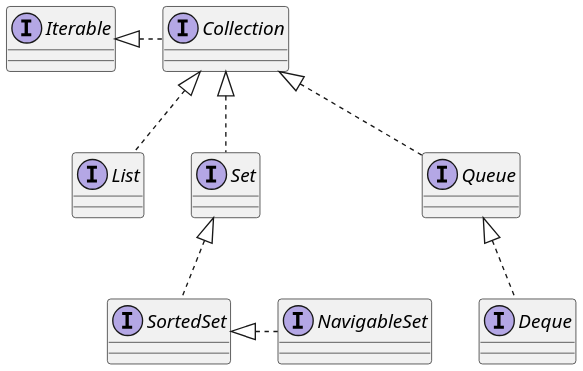
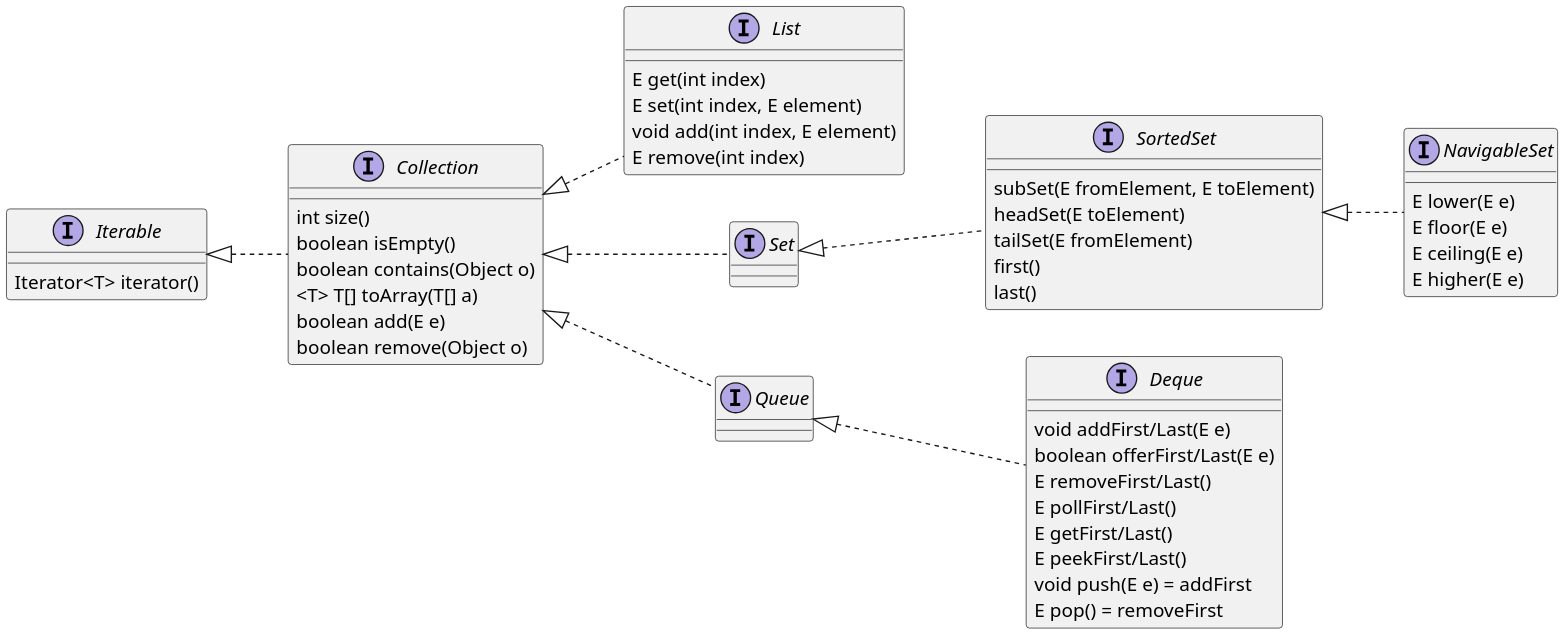
One commit to inponomarev/java-mipt changed the second of 13 diagrams in slides07/src/main/asciidoc/lecture.adoc. Above: the diagram before and after it, drawn with PlantUML. The commit also changed 8 other files, not shown here.

Commit message:
improve diagrams and translations

```diff
--- a/slides07/src/main/asciidoc/lecture.adoc
+++ b/slides07/src/main/asciidoc/lecture.adoc
@@ -111,43 +111,64 @@
 [plantuml,intf-coll,png]
 ----
 @startuml
 
 skinparam dpi 200
 
+left to right direction
+
 interface Iterable {
+   Iterator<T> iterator()
 }
-
 interface Collection {
+   int size()
+   boolean isEmpty()
+   boolean contains(Object o)
+   <T> T[] toArray(T[] a)
+   boolean add(E e)
+   boolean remove(Object o)
 }
-
 interface List {
-}
-
-interface Set {
-}
-
-interface SortedSet {
+   E get(int index)
+   E set(int index, E element)
+   void add(int index, E element)
+   E remove(int index)
 
 }
-
+interface Set
+interface SortedSet {
+   subSet(E fromElement, E toElement)
+   headSet(E toElement)
+   tailSet(E fromElement)
+   first()
+   last()
+}
 interface NavigableSet {
-
+   E lower(E e)
+   E floor(E e)
+   E ceiling(E e)
+   E higher(E e)
 }
-
 interface Queue {
 
 }
 
 interface Deque {
-
+  void addFirst/Last(E e)
+  boolean offerFirst/Last(E e)
+  E removeFirst/Last()
+  E pollFirst/Last()
+  E getFirst/Last()
+  E peekFirst/Last()
+  void push(E e) = addFirst
+  E pop() = removeFirst
 }
 
-Iterable <|. Collection
+Iterable <|.. Collection
 Collection <|.. List
 Collection <|.. Set
 Set <|.. SortedSet
-SortedSet <|. NavigableSet
+SortedSet <|.. NavigableSet
 Collection <|.. Queue
 Queue <|.. Deque
 @enduml
 ----
```
